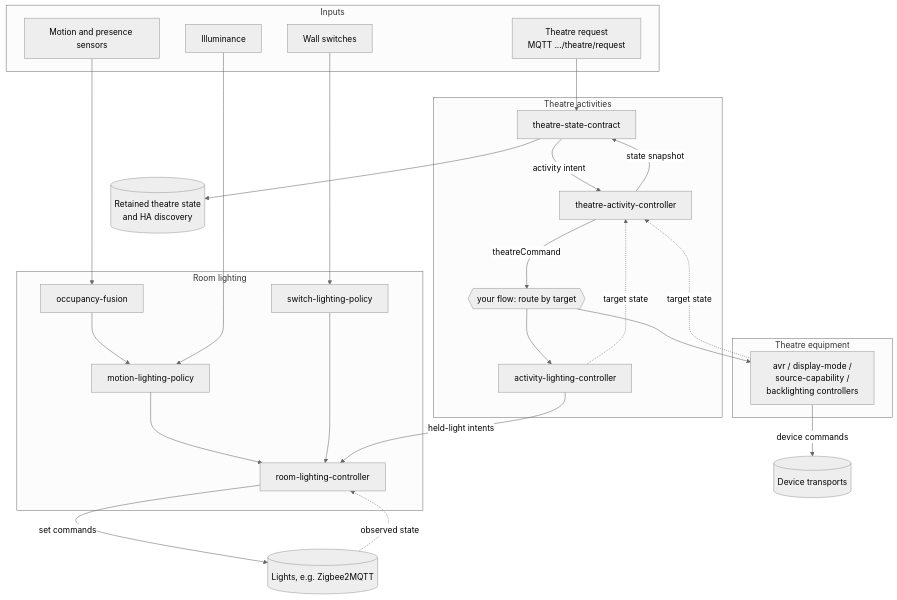
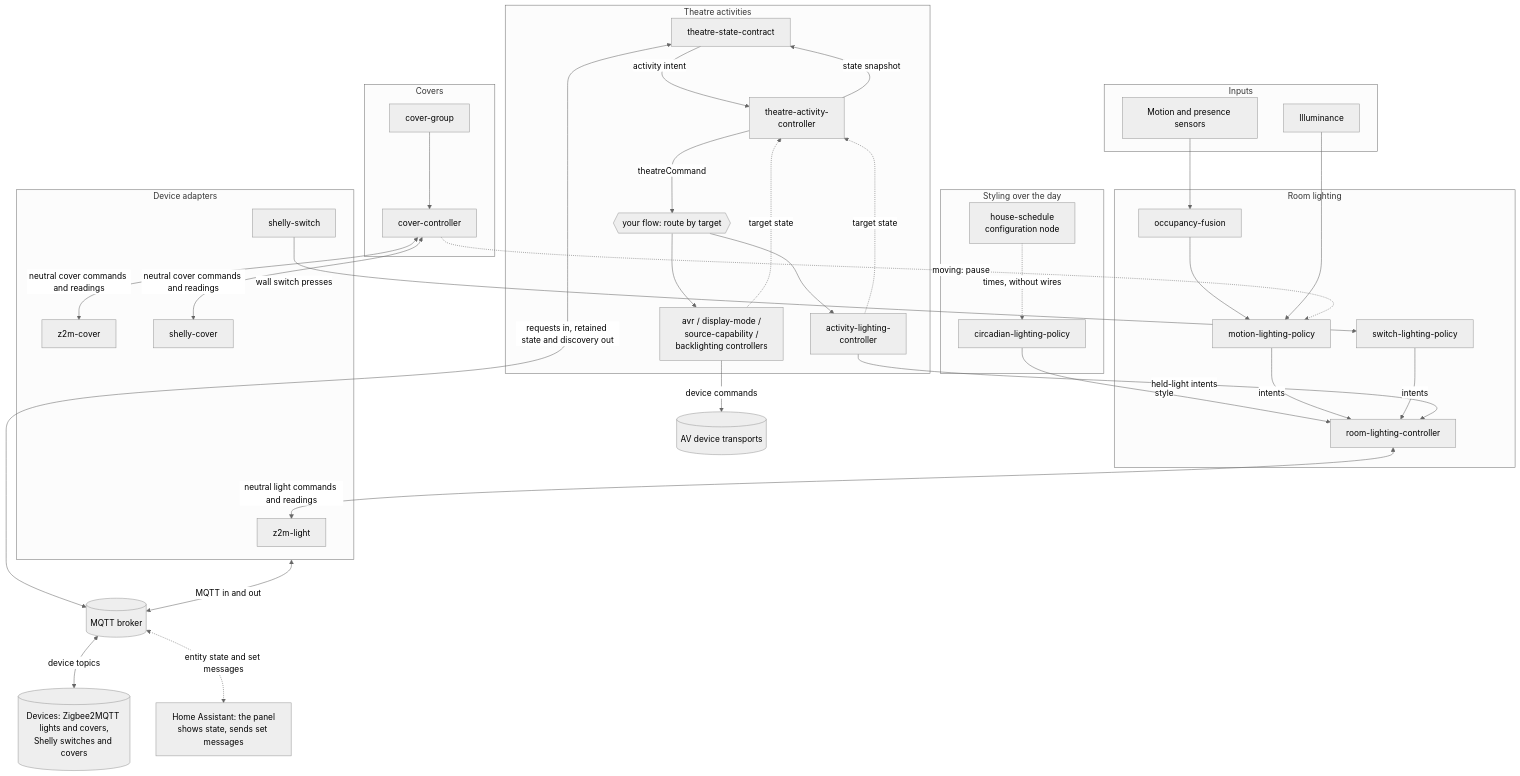
Before and after one commit to avantics-hq/node-red-home-automation: the diagram in docs/images/architecture.mmd, drawn with Mermaid (neutral theme). The commit also changed 2 other files, not shown here.

Commit message:
Redraw the architecture diagram for 6.0 (#182)
* Redraw the architecture diagram's source for 6.0: circadian policy, adapters and MQTT

- The circadian lighting policy, following a house schedule without wires,
  sends the room a style.
- The room reaches each light through its adapter (z2m-light), and the cover
  controller its covers through z2m-cover and shelly-cover; shelly-switch
  brings wall switch presses to the switch policy.
- The adapters and the theatre contract use the MQTT broker, which carries
  device topics; Home Assistant is only the panel, over MQTT.
- The README's alt text describes the new diagram.
- architecture.svg is not redrawn here: mermaid-cli's Chromium can't start
  in this environment (libglib-2.0.so.0 missing). Run npm run diagrams.

* Render the 6.0 architecture diagram

Regenerated with npm run diagrams now that this environment has
Chromium's libraries. Two long node names break at the hyphen instead
of mid-word.

---------

```diff
--- a/docs/images/architecture.mmd
+++ b/docs/images/architecture.mmd
@@ -1,44 +1,65 @@
 flowchart TB
   subgraph In[Inputs]
     SENS[Motion and presence sensors]
     LUX[Illuminance]
-    WALL[Wall switches]
-    REQ[Theatre request<br/>MQTT .../theatre/request]
+  end
+  subgraph Style[Styling over the day]
+    HS[house-schedule<br/>configuration node]
+    CIRC[circadian-lighting-policy]
   end
   subgraph Room[Room lighting]
     OCC[occupancy-fusion]
     MOT[motion-lighting-policy]
     SW[switch-lighting-policy]
     ROOM[room-lighting-controller]
   end
+  subgraph Cov[Covers]
+    GRP[cover-group]
+    COV[cover-controller]
+  end
   subgraph Act[Theatre activities]
     CON[theatre-state-contract]
-    ACT[theatre-activity-controller]
+    ACT["theatre-activity-<br/>controller"]
     ROUTE{{your flow: route by target}}
-    AL[activity-lighting-controller]
-  end
-  subgraph Eq[Theatre equipment]
+    AL["activity-lighting-<br/>controller"]
     EQ[avr / display-mode /<br/>source-capability /<br/>backlighting controllers]
   end
-  LIGHTS[(Lights, e.g. Zigbee2MQTT)]
-  DEV[(Device transports)]
-  STATE[(Retained theatre state<br/>and HA discovery)]
+  subgraph Adapt[Device adapters]
+    ZL[z2m-light]
+    SS[shelly-switch]
+    ZC[z2m-cover]
+    SC[shelly-cover]
+  end
+  BROKER[(MQTT broker)]
+  HA[Home Assistant: the panel<br/>shows state, sends set messages]
+  DEV[(Devices: Zigbee2MQTT lights and covers,<br/>Shelly switches and covers)]
+  AV[(AV device transports)]
 
   SENS --> OCC --> MOT
   LUX --> MOT
-  WALL --> SW
-  MOT --> ROOM
-  SW --> ROOM
-  ROOM -- set commands --> LIGHTS
-  LIGHTS -. observed state .-> ROOM
-  REQ --> CON
+  HS -. times, without wires .-> CIRC
+  CIRC -- style --> ROOM
+  MOT -- intents --> ROOM
+  SW -- intents --> ROOM
+  GRP --> COV
+  COV -. moving: pause .-> MOT
+
+  ROOM <-- neutral light commands and readings --> ZL
+  COV <-- neutral cover commands and readings --> ZC
+  COV <-- neutral cover commands and readings --> SC
+  SS -- wall switch presses --> SW
+
   CON -- activity intent --> ACT
   ACT -- state snapshot --> CON
-  CON --> STATE
   ACT -- theatreCommand --> ROUTE
   ROUTE --> EQ
   ROUTE --> AL
-  EQ -- device commands --> DEV
   EQ -. target state .-> ACT
   AL -. target state .-> ACT
   AL -- held-light intents --> ROOM
+  EQ -- device commands --> AV
+
+  Adapt <-- MQTT in and out --> BROKER
+  CON <-- requests in, retained state and discovery out --> BROKER
+  BROKER <-- device topics --> DEV
+  BROKER <-. entity state and set messages .-> HA
```
